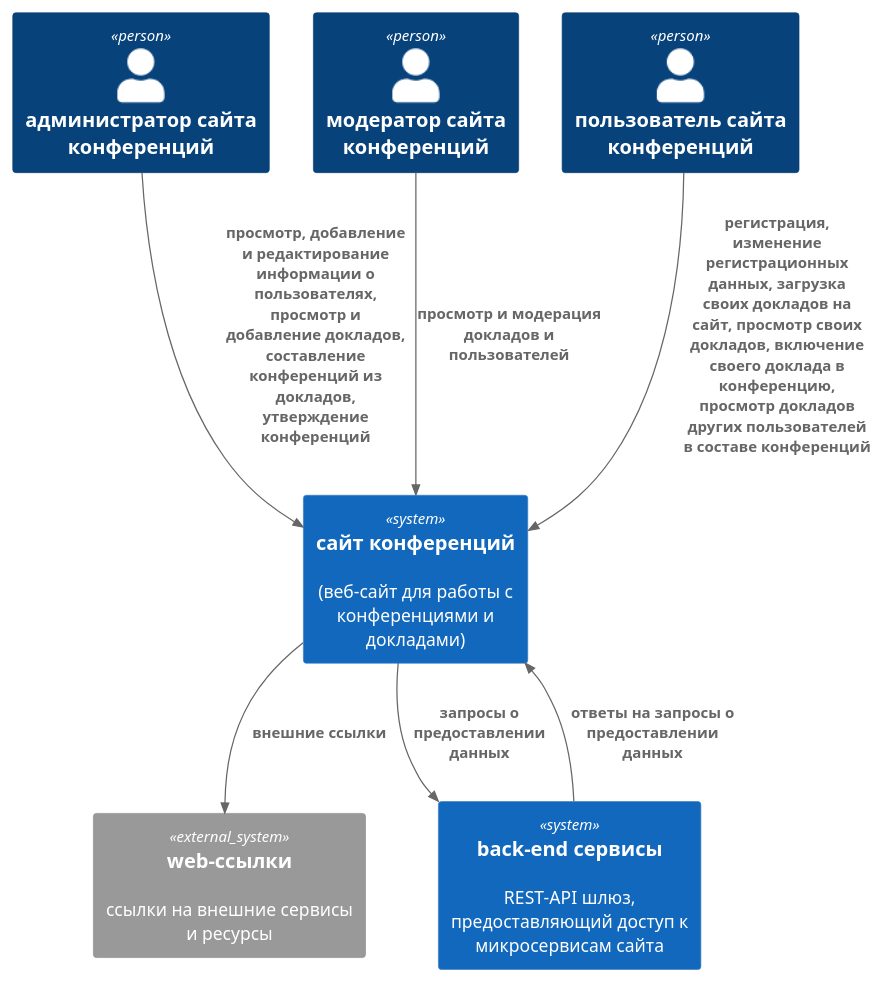
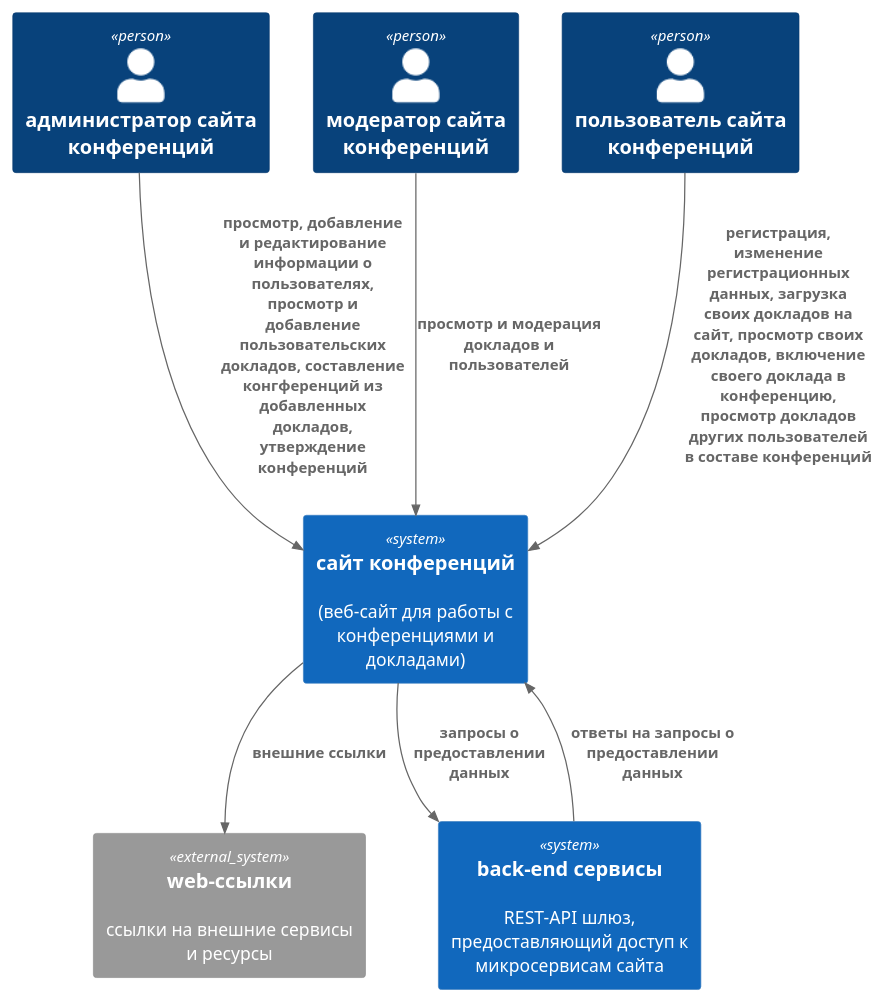
One commit to TheClockworkk/Sofware_Architecture_MAI_2023 changed the diagram in hw/context.md. Above: the diagram before and after it, drawn with PlantUML. The commit also changed other lines of this file, not shown here.

````diff
--- a/hw/context.md
+++ b/hw/context.md
@@ -4,24 +4,24 @@
 ```plantuml
 @startuml
 !include https://raw.githubusercontent.com/plantuml-stdlib/C4-PlantUML/master/C4_Container.puml
 
 Person(admin, "администратор сайта конференций")
 Person(moderator, "модератор сайта конференций")
 Person(user, "пользователь сайта конференций")
 
 System(conference_site, "сайт конференций", "(веб-сайт для работы с конференциями и докладами)")
 
-Rel(admin, conference_site, "просмотр, добавление и редактирование информации о пользователях, просмотр и добавление докладов, составление конференций из докладов, утверждение конференций")
+Rel(admin, conference_site, "просмотр, добавление и редактирование информации о пользователях, просмотр и добавление пользовательских докладов, составление конгференций из добавленных докладов, утверждение конференций")
 Rel(moderator, conference_site, "просмотр и модерация докладов и пользователей")
 Rel(user, conference_site, "регистрация, изменение регистрационных данных, загрузка своих докладов на сайт, просмотр своих докладов, включение своего доклада в конференцию, просмотр докладов других пользователей в составе конференций")
 
 System_Ext(external_links, "web-ссылки", "ссылки на внешние сервисы и ресурсы")
 Rel(conference_site, external_links, "внешние ссылки")
 
 System(backend_system, "back-end сервисы", "REST-API шлюз, предоставляющий доступ к микросервисам сайта")
 Rel(conference_site, backend_system, "запросы о предоставлении данных")
 Rel(backend_system, conference_site, "ответы на запросы о предоставлении данных")
 
 
 @enduml
 ```
````
